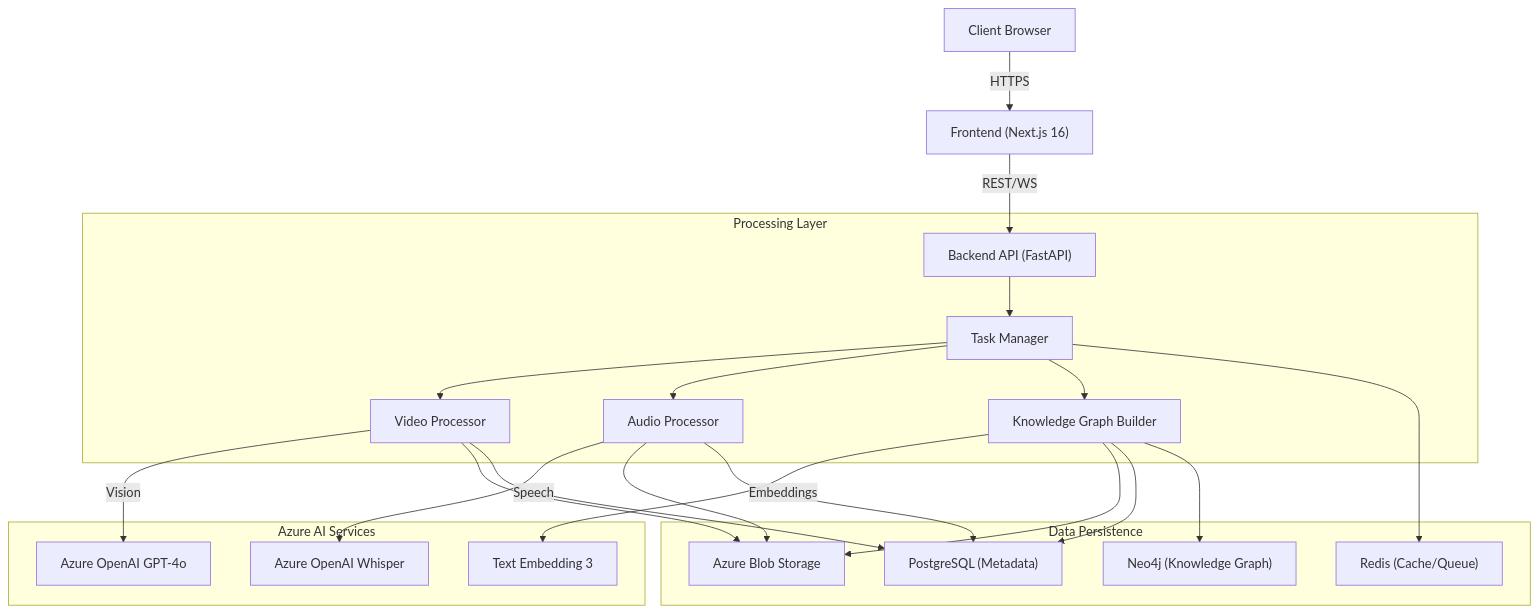
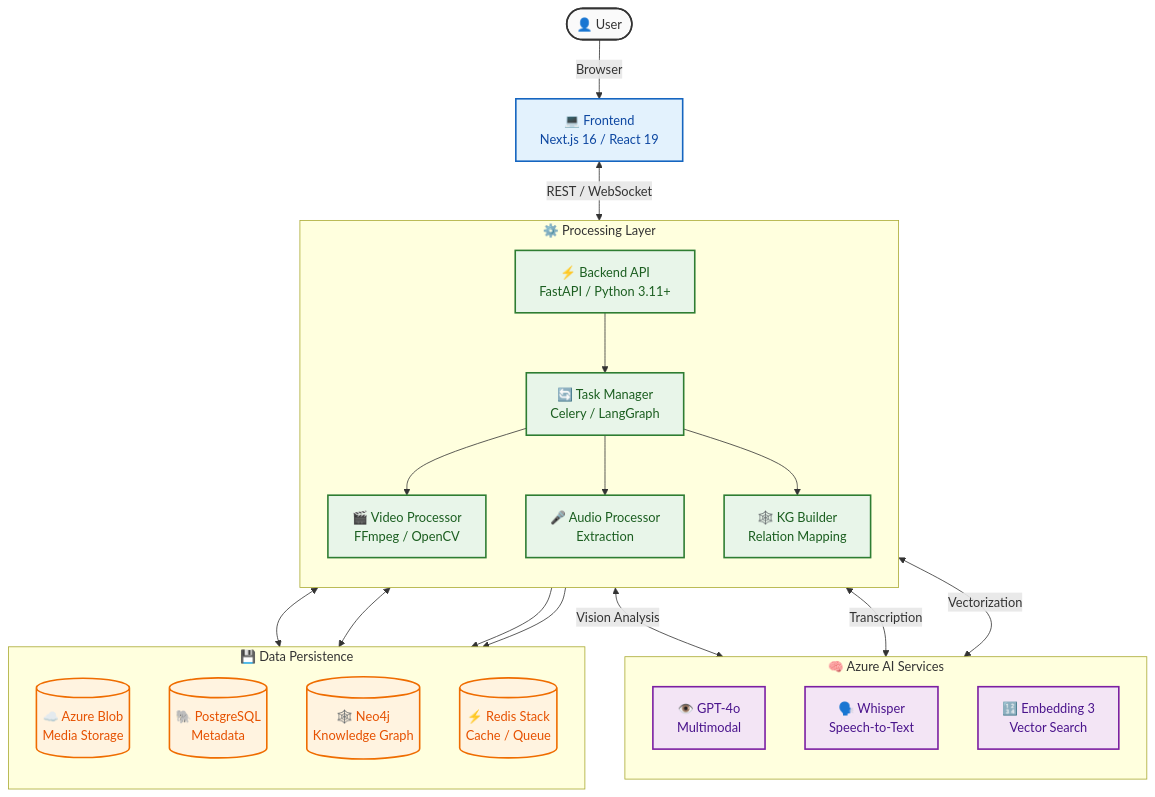
One commit to alexandergg/QPrisma changed the diagram in README.md. Above: the diagram before and after it, drawn with Mermaid.

Commit message:
Docs: Enhance architecture diagram with icons and better styling

````diff
--- a/README.md
+++ b/README.md
@@ -35,25 +35,48 @@
 ```mermaid
 graph TD
-    Client[Client Browser] -->|HTTPS| Frontend["Frontend (Next.js 16)"]
-    Frontend -->|REST/WS| API["Backend API (FastAPI)"]
+    %% Styles
+    classDef frontend fill:#e3f2fd,stroke:#1565c0,stroke-width:2px,color:#0d47a1
+    classDef backend fill:#e8f5e9,stroke:#2e7d32,stroke-width:2px,color:#1b5e20
+    classDef ai fill:#f3e5f5,stroke:#7b1fa2,stroke-width:2px,color:#4a148c
+    classDef data fill:#fff3e0,stroke:#ef6c00,stroke-width:2px,color:#e65100
+    classDef user fill:#fafafa,stroke:#333,stroke-width:2px
+
+    User([👤 User]) -->|Browser| Frontend[💻 Frontend<br/>Next.js 16 / React 19]
+    Frontend <-->|REST / WebSocket| API[⚡ Backend API<br/>FastAPI / Python 3.11+]
     
-    subgraph "Processing Layer"
-    API --> Manager[Task Manager]
-    Manager --> Video[Video Processor]
-    Manager --> Audio[Audio Processor]
-    Manager --> Graph[Knowledge Graph Builder]
+    subgraph Processing["⚙️ Processing Layer"]
+        direction TB
+        API --> Manager[🔄 Task Manager<br/>Celery / LangGraph]
+        Manager --> Video[🎬 Video Processor<br/>FFmpeg / OpenCV]
+        Manager --> Audio[🎤 Audio Processor<br/>Extraction]
+        Manager --> Graph[🕸️ KG Builder<br/>Relation Mapping]
     end
     
-    subgraph "Azure AI Services"
-    Video -->|Vision| GPT4o["Azure OpenAI GPT-4o"]
-    Audio -->|Speech| Whisper["Azure OpenAI Whisper"]
-    Graph -->|Embeddings| Ada["Text Embedding 3"]
+    subgraph AI["🧠 Azure AI Services"]
+        direction TB
+        Video <-->|Vision Analysis| GPT4o[👁️ GPT-4o<br/>Multimodal]
+        Audio <-->|Transcription| Whisper[🗣️ Whisper<br/>Speech-to-Text]
+        Graph <-->|Vectorization| Ada[🔢 Embedding 3<br/>Vector Search]
     end
     
-    subgraph "Data Persistence"
-    Video & Audio & Graph --> Blob["Azure Blob Storage"]
-    Video & Audio & Graph --> SQL["PostgreSQL (Metadata)"]
-    Graph --> Neo4j["Neo4j (Knowledge Graph)"]
-    Manager --> Redis["Redis (Cache/Queue)"]
+    subgraph Data["💾 Data Persistence"]
+        direction TB
+        Blob[(☁️ Azure Blob<br/>Media Storage)]
+        SQL[(🐘 PostgreSQL<br/>Metadata)]
+        Neo4j[(🕸️ Neo4j<br/>Knowledge Graph)]
+        Redis[(⚡ Redis Stack<br/>Cache / Queue)]
     end
+    
+    %% Data Connections
+    Processing --> Blob
+    Processing --> SQL
+    Graph <--> Neo4j
+    Manager <--> Redis
+
+    %% Class Assignments
+    class Frontend frontend
+    class API,Manager,Video,Audio,Graph backend
+    class GPT4o,Whisper,Ada ai
+    class Blob,SQL,Neo4j,Redis data
+    class User user
 ```
````
